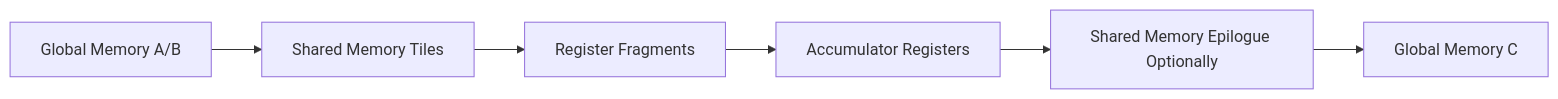
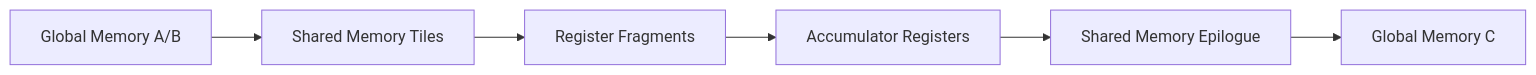
Before and after one commit to danepham2204/re-engineering-cublas: the first of 2 diagrams in README.md, drawn with Mermaid. The commit also changed other lines of this file, not shown here.

````diff
--- a/README.md
+++ b/README.md
@@ -135,8 +106,8 @@
 ```mermaid
 flowchart LR
     A[Global Memory A/B] --> B[Shared Memory Tiles]
     B --> C[Register Fragments]
     C --> D[Accumulator Registers]
-    D --> E[Shared Memory Epilogue Optionally]
+    D --> E[Shared Memory Epilogue]
     E --> F[Global Memory C]
 ```
````
